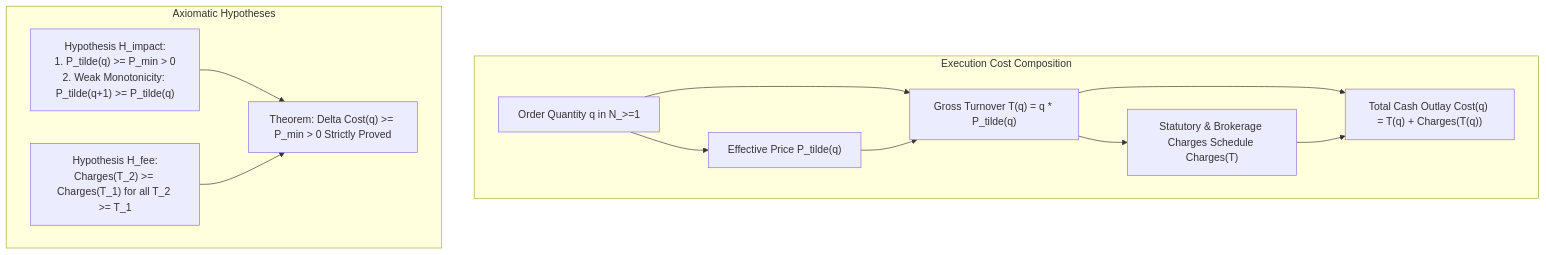
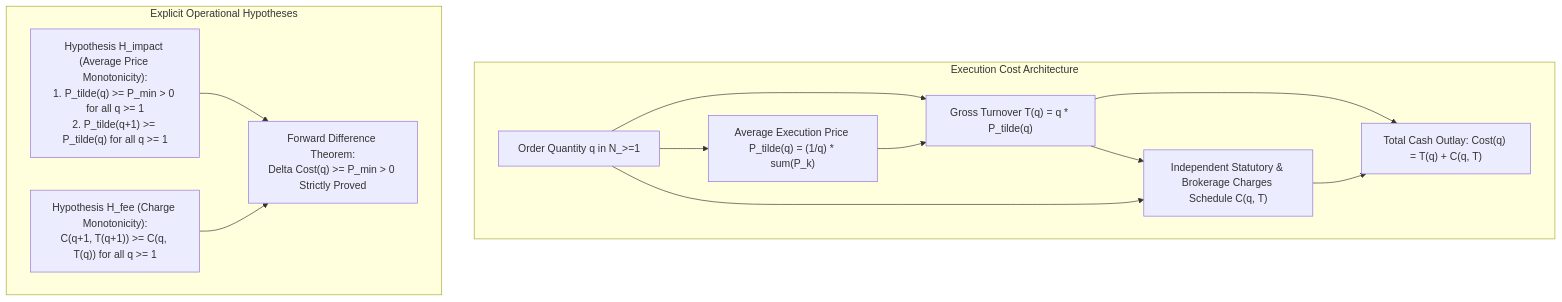
One commit to 2k25it2514261-cloud/alphaniti changed the first of 6 diagrams in README.md. Above: the diagram before and after it, drawn with Mermaid. The commit also changed other lines of this file, not shown here.

````diff
--- a/README.md
+++ b/README.md
@@ -24,15 +34,15 @@
 ```mermaid
 graph TD
-    subgraph Execution Cost Composition
-        Q["Order Quantity q in N_>=1"] --> P["Effective Price P_tilde(q)"]
+    subgraph Execution Cost Architecture
+        Q["Order Quantity q in N_>=1"] --> P["Average Execution Price P_tilde(q) = (1/q) * sum(P_k)"]
         Q & P --> T["Gross Turnover T(q) = q * P_tilde(q)"]
-        T --> C["Statutory & Brokerage Charges Schedule Charges(T)"]
-        T & C --> Cost["Total Cash Outlay Cost(q) = T(q) + Charges(T(q))"]
+        T & Q --> C["Independent Statutory & Brokerage Charges Schedule C(q, T)"]
+        T & C --> Outlay["Total Cash Outlay: Cost(q) = T(q) + C(q, T)"]
     end
 
-    subgraph Axiomatic Hypotheses
-        H1["Hypothesis H_impact:<br>1. P_tilde(q) >= P_min > 0<br>2. Weak Monotonicity: P_tilde(q+1) >= P_tilde(q)"]
-        H2["Hypothesis H_fee:<br>Charges(T_2) >= Charges(T_1) for all T_2 >= T_1"]
-        H1 & H2 --> TH["Theorem: Delta Cost(q) >= P_min > 0 Strictly Proved"]
+    subgraph Explicit Operational Hypotheses
+        H1["Hypothesis H_impact (Average Price Monotonicity):<br>1. P_tilde(q) >= P_min > 0 for all q >= 1<br>2. P_tilde(q+1) >= P_tilde(q) for all q >= 1"]
+        H2["Hypothesis H_fee (Charge Monotonicity):<br>C(q+1, T(q+1)) >= C(q, T(q)) for all q >= 1"]
+        H1 & H2 --> MONO["Forward Difference Theorem:<br>Delta Cost(q) >= P_min > 0 Strictly Proved"]
     end
 ```
````
